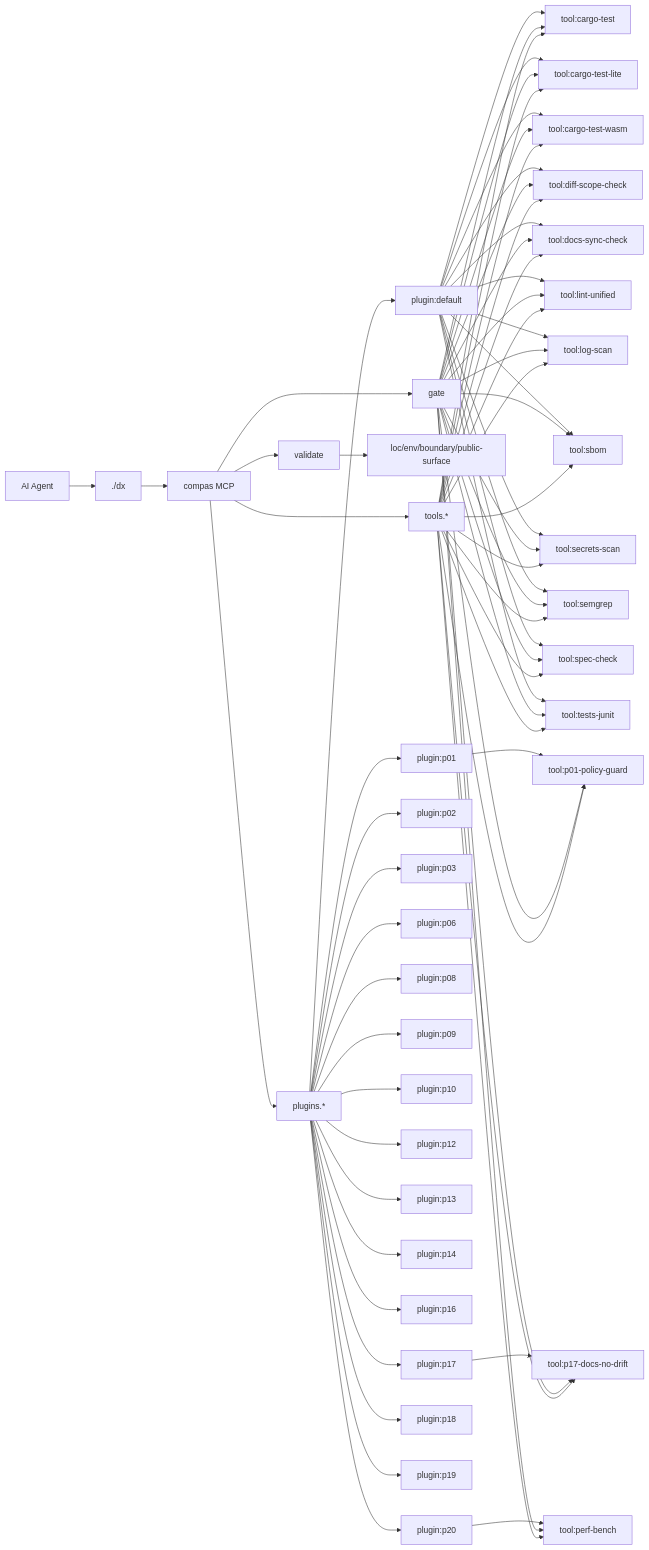
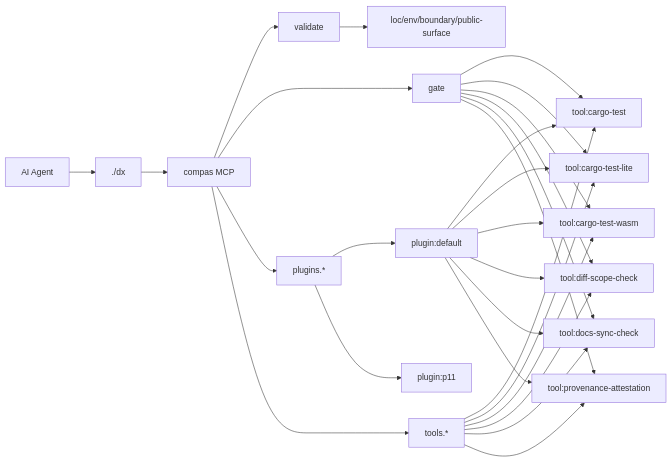
Before and after one commit to AmirTlinov/compas: the diagram in AGENTS.md, drawn with Mermaid. The commit also changed other lines of this file and 1 other file, not shown here.

Commit message:
docs: sync architecture map for p11 plugin

````diff
--- a/AGENTS.md
+++ b/AGENTS.md
@@ -76,71 +53,30 @@
 ```mermaid
 flowchart LR
   Agent[AI Agent] --> DX[./dx]
   DX --> MCP[compas MCP]
   MCP --> V[validate]
   MCP --> G[gate]
   MCP --> PL[plugins.*]
   MCP --> TL[tools.*]
   V --> C1[loc/env/boundary/public-surface]
   PL --> P_default["plugin:default"]
   P_default --> T_cargo_test["tool:cargo-test"]
   G --> T_cargo_test
   P_default --> T_cargo_test_lite["tool:cargo-test-lite"]
   G --> T_cargo_test_lite
   P_default --> T_cargo_test_wasm["tool:cargo-test-wasm"]
   G --> T_cargo_test_wasm
   P_default --> T_diff_scope_check["tool:diff-scope-check"]
   G --> T_diff_scope_check
   P_default --> T_docs_sync_check["tool:docs-sync-check"]
   G --> T_docs_sync_check
-  P_default --> T_lint_unified["tool:lint-unified"]
-  G --> T_lint_unified
-  P_default --> T_log_scan["tool:log-scan"]
-  G --> T_log_scan
-  P_default --> T_sbom["tool:sbom"]
-  G --> T_sbom
-  P_default --> T_secrets_scan["tool:secrets-scan"]
-  G --> T_secrets_scan
-  P_default --> T_semgrep["tool:semgrep"]
-  G --> T_semgrep
-  P_default --> T_spec_check["tool:spec-check"]
-  G --> T_spec_check
-  P_default --> T_tests_junit["tool:tests-junit"]
-  G --> T_tests_junit
-  PL --> P_p01["plugin:p01"]
-  P_p01 --> T_p01_policy_guard["tool:p01-policy-guard"]
-  G --> T_p01_policy_guard
-  PL --> P_p02["plugin:p02"]
-  PL --> P_p03["plugin:p03"]
-  PL --> P_p06["plugin:p06"]
-  PL --> P_p08["plugin:p08"]
-  PL --> P_p09["plugin:p09"]
-  PL --> P_p10["plugin:p10"]
-  PL --> P_p12["plugin:p12"]
-  PL --> P_p13["plugin:p13"]
-  PL --> P_p14["plugin:p14"]
-  PL --> P_p16["plugin:p16"]
-  PL --> P_p17["plugin:p17"]
-  P_p17 --> T_p17_docs_no_drift["tool:p17-docs-no-drift"]
-  G --> T_p17_docs_no_drift
-  PL --> P_p18["plugin:p18"]
-  PL --> P_p19["plugin:p19"]
-  PL --> P_p20["plugin:p20"]
-  P_p20 --> T_perf_bench["tool:perf-bench"]
-  G --> T_perf_bench
+  P_default --> T_provenance_attestation["tool:provenance-attestation"]
+  G --> T_provenance_attestation
+  PL --> P_p11["plugin:p11"]
   TL --> T_cargo_test
   TL --> T_cargo_test_lite
   TL --> T_cargo_test_wasm
   TL --> T_diff_scope_check
   TL --> T_docs_sync_check
-  TL --> T_lint_unified
-  TL --> T_log_scan
-  TL --> T_p01_policy_guard
-  TL --> T_p17_docs_no_drift
-  TL --> T_perf_bench
-  TL --> T_sbom
-  TL --> T_secrets_scan
-  TL --> T_semgrep
-  TL --> T_spec_check
-  TL --> T_tests_junit
+  TL --> T_provenance_attestation
 ```
````
